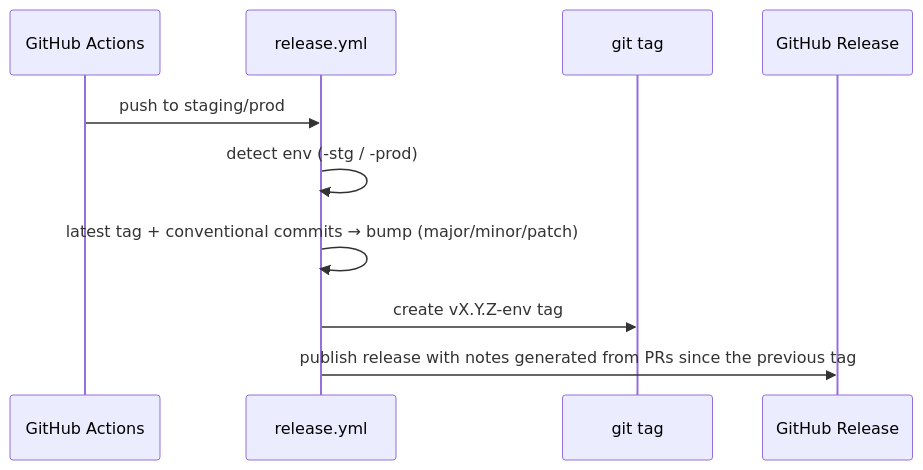
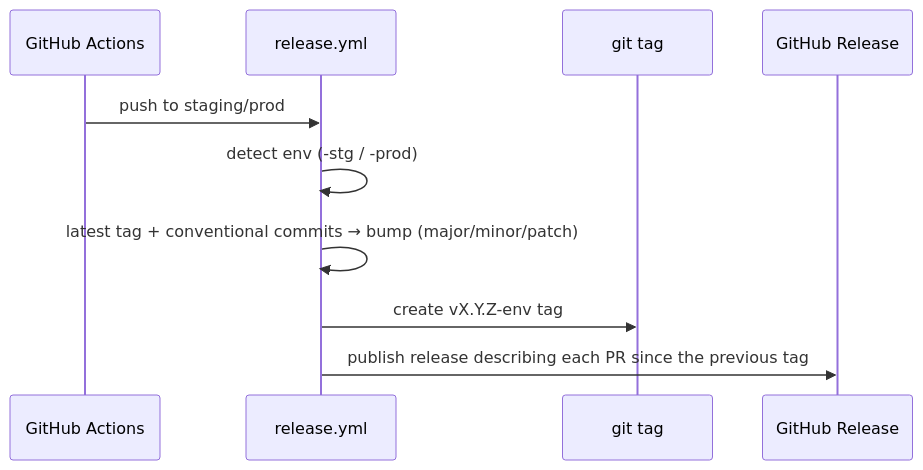
Before and after one commit to tapway/tapway-superpowers: the sixth of 7 diagrams in docs/WORKFLOWS.md, drawn with Mermaid. The commit also changed other lines of this file and 16 other files, not shown here.

Commit message:
feat(release): build release notes from PR descriptions

````diff
--- a/docs/WORKFLOWS.md
+++ b/docs/WORKFLOWS.md
@@ -191,13 +191,13 @@
 ```mermaid
 sequenceDiagram
   participant GH as GitHub Actions
   participant V as release.yml
   participant Tag as git tag
   participant Rel as GitHub Release
 
   GH->>V: push to staging/prod
   V->>V: detect env (-stg / -prod)
   V->>V: latest tag + conventional commits → bump (major/minor/patch)
   V->>Tag: create vX.Y.Z-env tag
-  V->>Rel: publish release with notes generated from PRs since the previous tag
+  V->>Rel: publish release describing each PR since the previous tag
 ```
````
